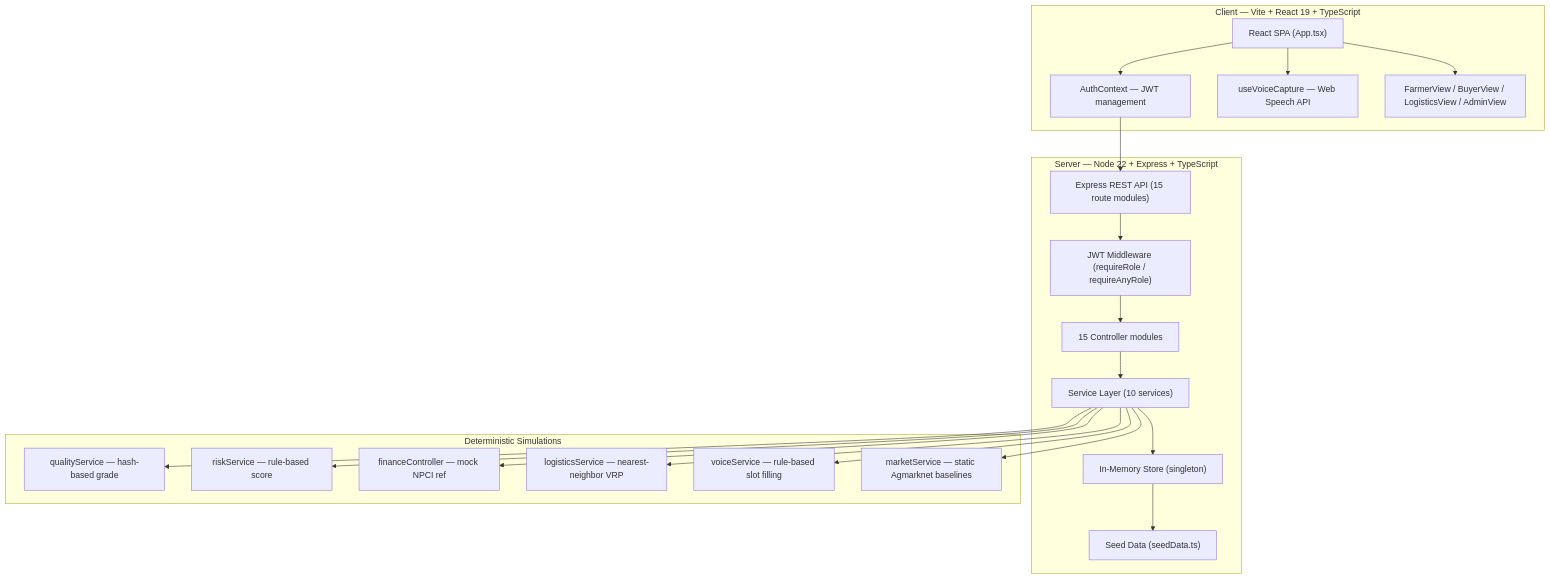
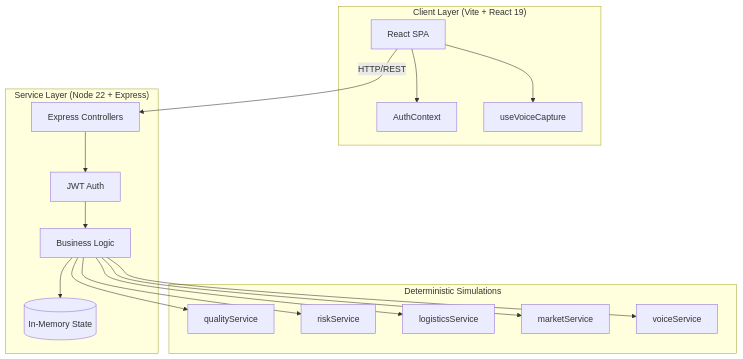
Before and after one commit to cressica18/SIH2026_MVP: the second of 4 diagrams in README.md, drawn with Mermaid. The commit also changed other lines of this file, not shown here.

````diff
--- a/README.md
+++ b/README.md
@@ -202,43 +62,13 @@
 ```mermaid
 graph TB
-    subgraph "Client — Vite + React 19 + TypeScript"
-        UI["React SPA (App.tsx)"]
-        Auth["AuthContext — JWT management"]
-        Voice["useVoiceCapture — Web Speech API"]
-        Roles["FarmerView / BuyerView / LogisticsView / AdminView"]
-        UI --> Auth
-        UI --> Voice
-        UI --> Roles
+    subgraph "Client Layer (Vite + React 19)"
+        UI[React SPA] --> Auth[AuthContext] & Voice[useVoiceCapture]
     end
-
-    subgraph "Server — Node 22 + Express + TypeScript"
-        API["Express REST API (15 route modules)"]
-        AuthMiddleware["JWT Middleware (requireRole / requireAnyRole)"]
-        Controllers["15 Controller modules"]
-        Services["Service Layer (10 services)"]
-        Store["In-Memory Store (singleton)"]
-        SeedData["Seed Data (seedData.ts)"]
+    subgraph "Service Layer (Node 22 + Express)"
+        API[Express Controllers] --> Guards[JWT Auth] --> Services[Business Logic] --> Store[(In-Memory State)]
     end
-
     subgraph "Deterministic Simulations"
-        QualitySim["qualityService — hash-based grade"]
-        RiskSim["riskService — rule-based score"]
-        AEPSSim["financeController — mock NPCI ref"]
-        RouteSim["logisticsService — nearest-neighbor VRP"]
-        VoiceSim["voiceService — rule-based slot filling"]
-        MarketSim["marketService — static Agmarknet baselines"]
+        Services --> Q[qualityService] & R[riskService] & L[logisticsService] & M[marketService] & V[voiceService]
     end
-
-    Auth --> API
-    API --> AuthMiddleware
-    AuthMiddleware --> Controllers
-    Controllers --> Services
-    Services --> Store
-    Store --> SeedData
-    Services --> QualitySim
-    Services --> RiskSim
-    Services --> AEPSSim
-    Services --> RouteSim
-    Services --> VoiceSim
-    Services --> MarketSim
+    UI -- HTTP/REST --> API
 ```
````
